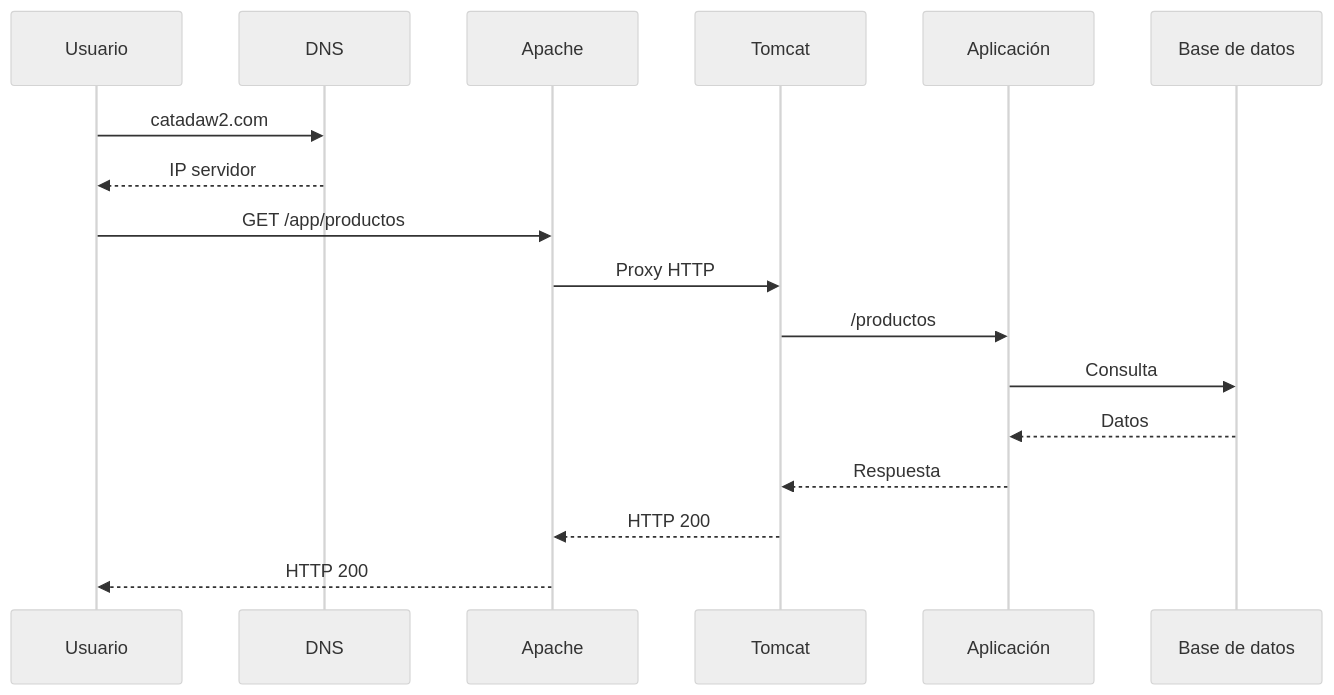
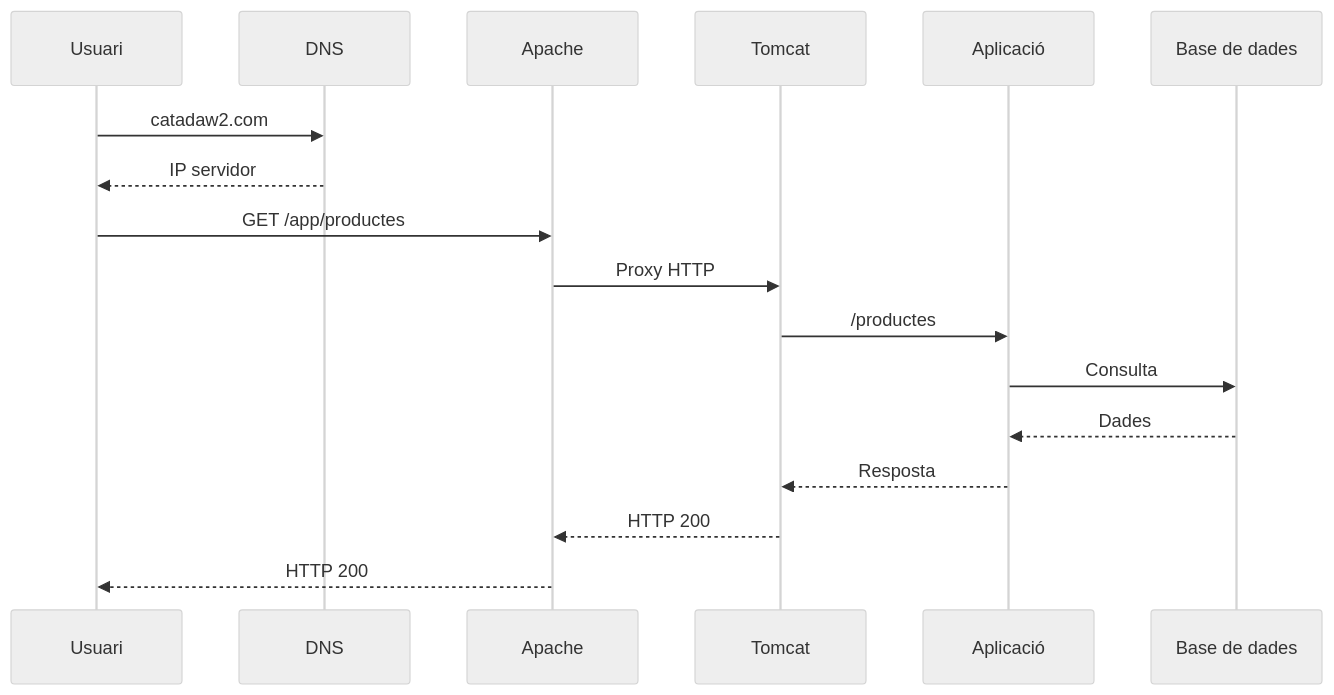
Before and after one commit to jordicido/jordicina: the seventh of 8 diagrams in docs/daw-daw/up3/03-cooperacion-apache-tomcat.md, drawn with Mermaid (neutral theme). The commit also changed other lines of this file and 10 other files, not shown here.

````diff
--- a/docs/daw-daw/up3/03-cooperacion-apache-tomcat.md
+++ b/docs/daw-daw/up3/03-cooperacion-apache-tomcat.md
@@ -355,20 +355,20 @@
 ```mermaid
 sequenceDiagram
-    participant U as Usuario
+    participant U as Usuari
     participant DNS as DNS
     participant A as Apache
     participant T as Tomcat
-    participant APP as Aplicación
-    participant DB as Base de datos
+    participant APP as Aplicació
+    participant DB as Base de dades
 
     U->>DNS: catadaw2.com
     DNS-->>U: IP servidor
-    U->>A: GET /app/productos
+    U->>A: GET /app/productes
     A->>T: Proxy HTTP
-    T->>APP: /productos
+    T->>APP: /productes
     APP->>DB: Consulta
-    DB-->>APP: Datos
-    APP-->>T: Respuesta
+    DB-->>APP: Dades
+    APP-->>T: Resposta
     T-->>A: HTTP 200
     A-->>U: HTTP 200
 ```
````
